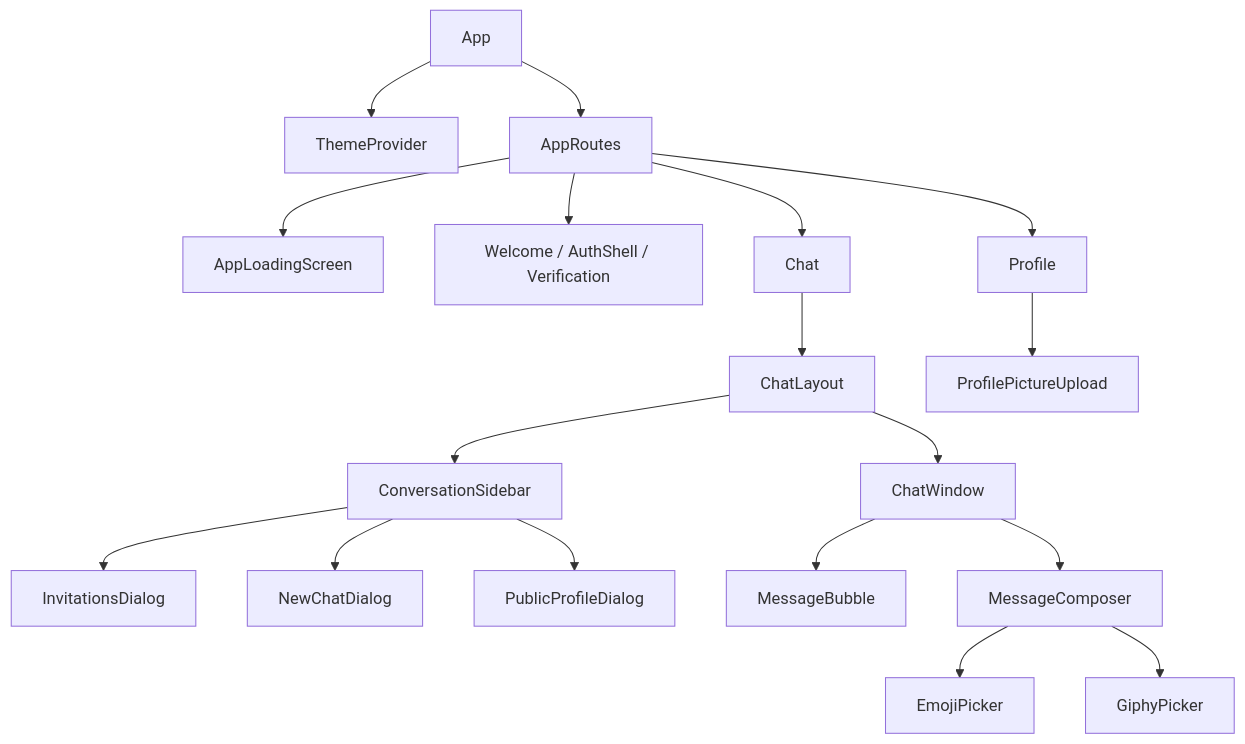
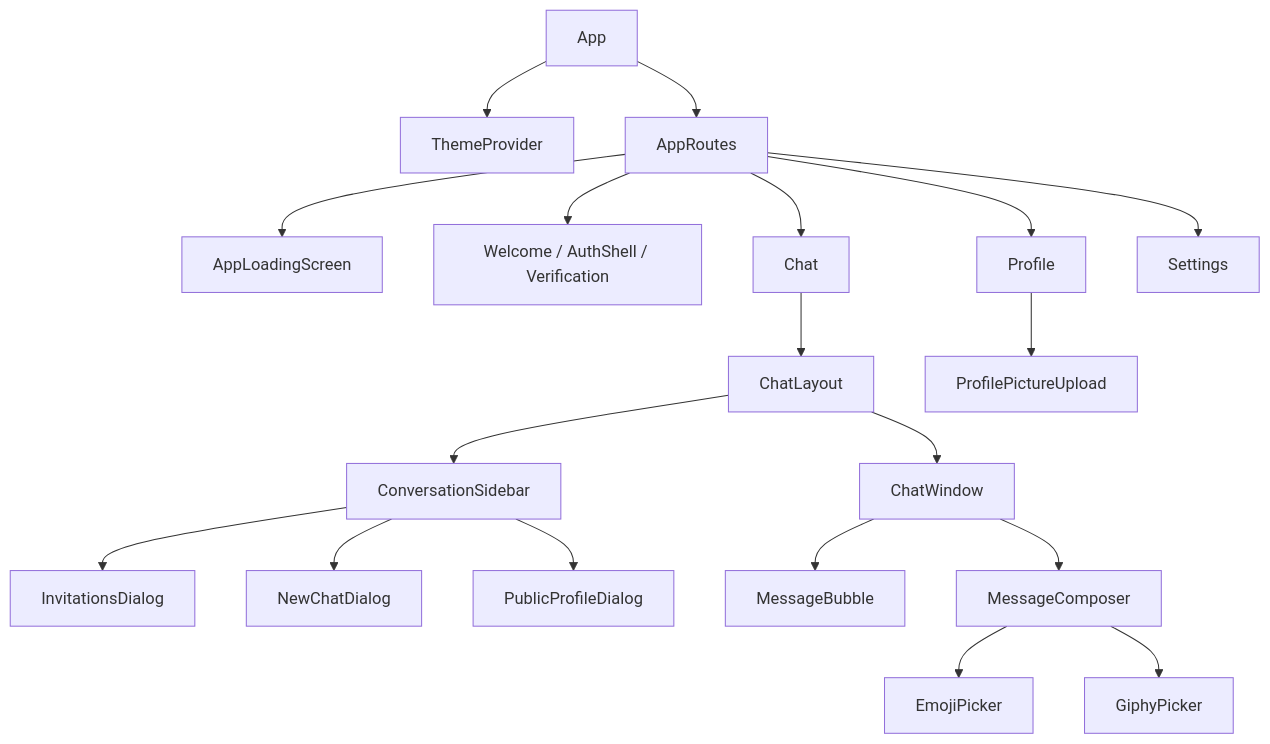
One commit to Saurav11343/click-chat changed the first of 3 diagrams in docs/06-frontend-design.md. Above: the diagram before and after it, drawn with Mermaid. The commit also changed other lines of this file and 25 other files, not shown here.

````diff
--- a/docs/06-frontend-design.md
+++ b/docs/06-frontend-design.md
@@ -23,20 +24,21 @@
 ```mermaid
 flowchart TD
     APP["App"] --> TP["ThemeProvider"]
     APP --> RT["AppRoutes"]
     RT --> LOAD["AppLoadingScreen"]
     RT --> PUB["Welcome / AuthShell / Verification"]
     RT --> CHAT["Chat"]
     RT --> PROFILE["Profile"]
+    RT --> SETTINGS["Settings"]
     CHAT --> LAYOUT["ChatLayout"]
     LAYOUT --> SIDE["ConversationSidebar"]
     LAYOUT --> WIN["ChatWindow"]
     SIDE --> INV["InvitationsDialog"]
     SIDE --> NEW["NewChatDialog"]
     SIDE --> PUBPRO["PublicProfileDialog"]
     WIN --> BUB["MessageBubble"]
     WIN --> COMP["MessageComposer"]
     COMP --> EMOJI["EmojiPicker"]
     COMP --> GIPHY["GiphyPicker"]
     PROFILE --> PIC["ProfilePictureUpload"]
 ```
````
